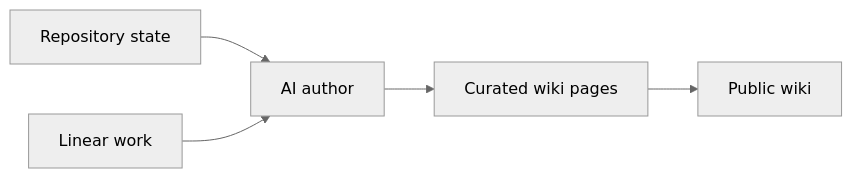
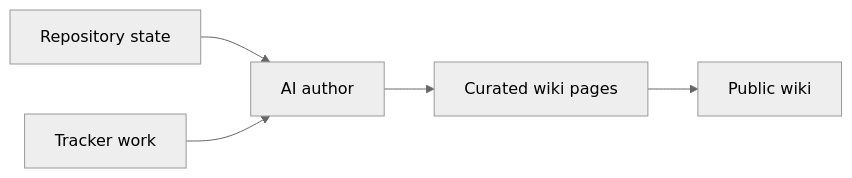
Before and after one commit to shepherdjerred/monorepo: the diagram in packages/docs/wiki/src/content/docs/explanation/how-this-wiki-works.md, drawn with Mermaid (neutral theme). The commit also changed other lines of this file and 76 other files, not shown here.

````diff
--- a/packages/docs/wiki/src/content/docs/explanation/how-this-wiki-works.md
+++ b/packages/docs/wiki/src/content/docs/explanation/how-this-wiki-works.md
@@ -34,10 +34,10 @@
 ```mermaid
 flowchart LR
   accTitle: Wiki publishing flow
-  accDescr: Agents inspect repository state and Linear work, then maintain curated human pages. Only curated wiki pages are published.
+  accDescr: Agents inspect repository state and Tracker work, then maintain curated human pages. Only curated wiki pages are published.
 
   R[Repository state] --> A[AI author]
-  L[Linear work] --> A
+  L[Tracker work] --> A
   A --> H[Curated wiki pages]
   H --> S[Public wiki]
 ```
````
